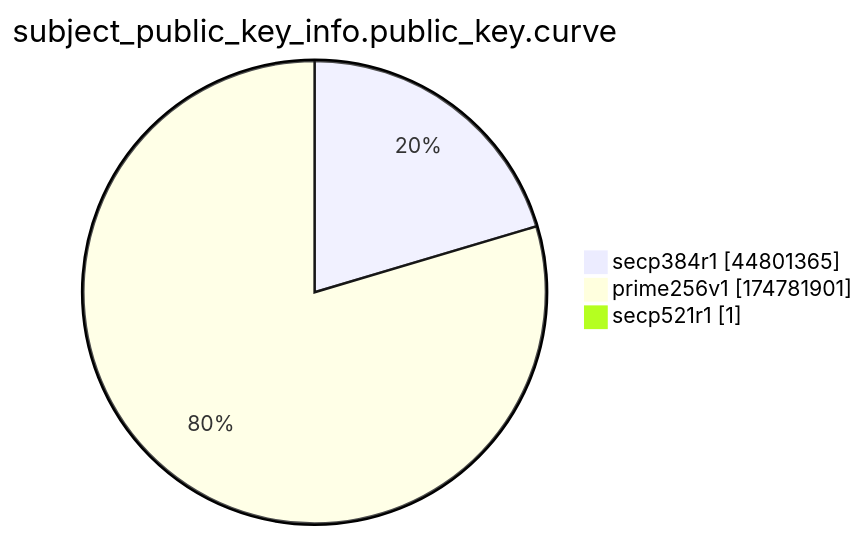
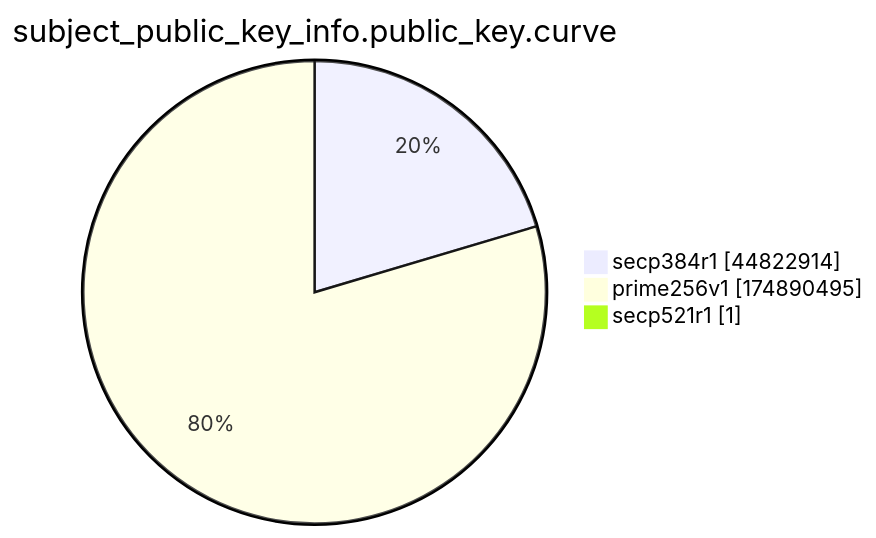
Before and after one commit to christiankrug/ctmonitor_visualization: the ninth of 15 diagrams in xenon2022/README.md, drawn with Mermaid. The commit also changed other lines of this file, not shown here.

````diff
--- a/xenon2022/README.md
+++ b/xenon2022/README.md
@@ -2871,7 +2871,7 @@
 ```mermaid
 pie showData
 title subject_public_key_info.public_key.curve
-"secp384r1" :44801365
-"prime256v1" :174781901
+"secp384r1" :44822914
+"prime256v1" :174890495
 "secp521r1" :1
 ```
````
